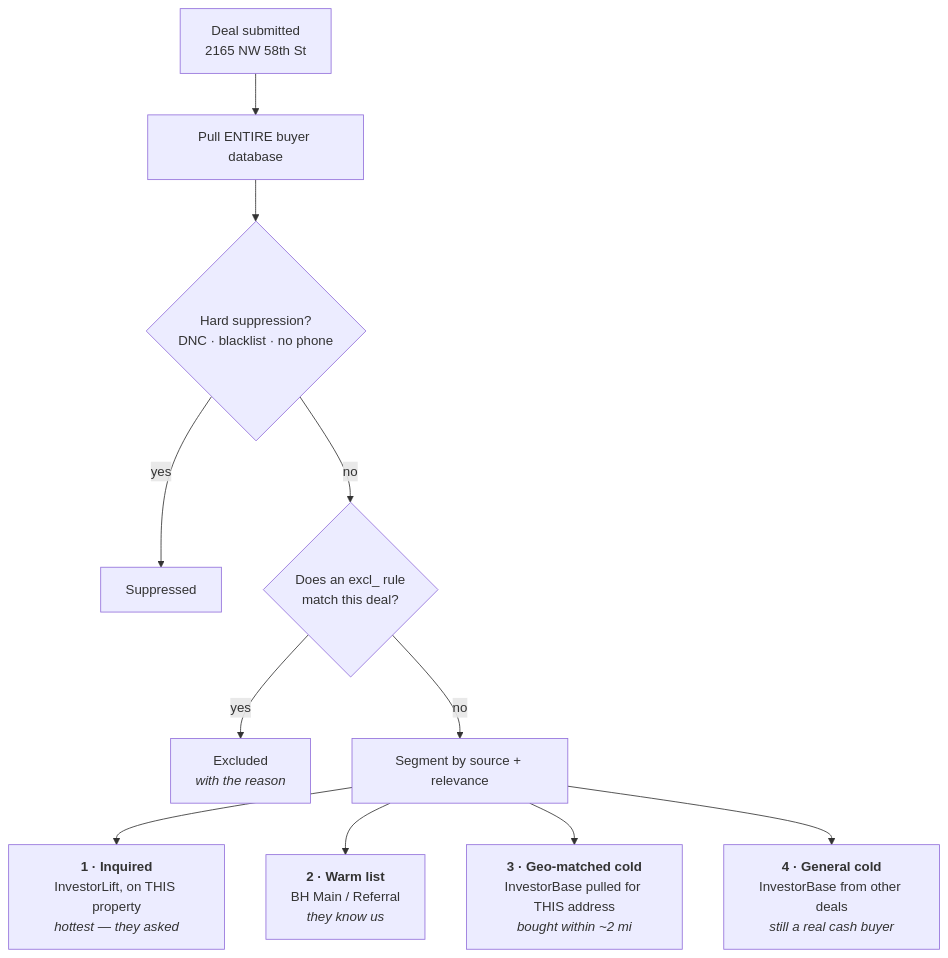
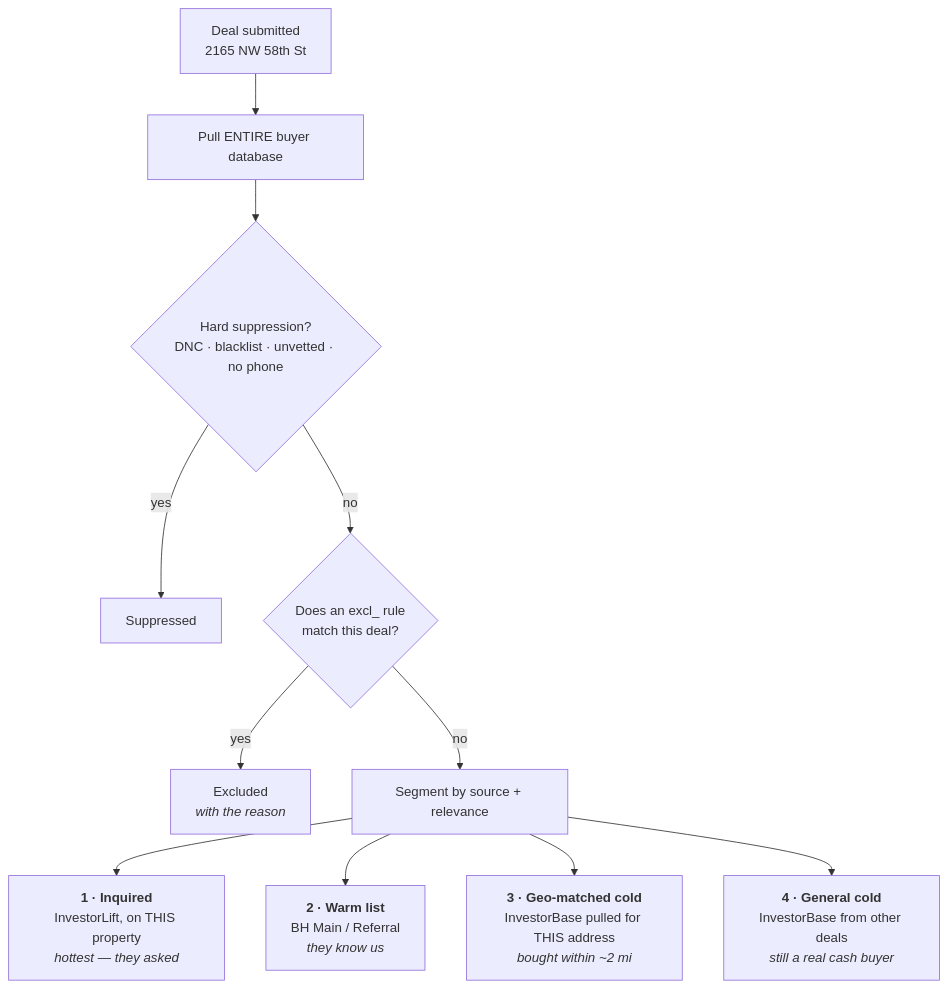
Before and after one commit to jfeelio/buying-hero-bot: the third of 5 diagrams in dispo-machine/ARCHITECTURE.md, drawn with Mermaid. The commit also changed other lines of this file and 38 other files, not shown here.

````diff
--- a/dispo-machine/ARCHITECTURE.md
+++ b/dispo-machine/ARCHITECTURE.md
@@ -84,14 +122,14 @@
 ```mermaid
 flowchart TD
   DEAL["Deal submitted<br/>2165 NW 58th St"] --> POOL["Pull ENTIRE buyer database"]
-  POOL --> SUP{"Hard suppression?<br/>DNC · blacklist · no phone"}
+  POOL --> SUP{"Hard suppression?<br/>DNC · blacklist · unvetted · no phone"}
   SUP -->|yes| DROP1["Suppressed"]
   SUP -->|no| EXCL{"Does an excl_ rule<br/>match this deal?"}
   EXCL -->|yes| DROP2["Excluded<br/><i>with the reason</i>"]
   EXCL -->|no| SEG["Segment by source + relevance"]
 
   SEG --> S1["<b>1 · Inquired</b><br/>InvestorLift, on THIS property<br/><i>hottest — they asked</i>"]
   SEG --> S2["<b>2 · Warm list</b><br/>BH Main / Referral<br/><i>they know us</i>"]
   SEG --> S3["<b>3 · Geo-matched cold</b><br/>InvestorBase pulled for THIS address<br/><i>bought within ~2 mi</i>"]
   SEG --> S4["<b>4 · General cold</b><br/>InvestorBase from other deals<br/><i>still a real cash buyer</i>"]
 ```
````
